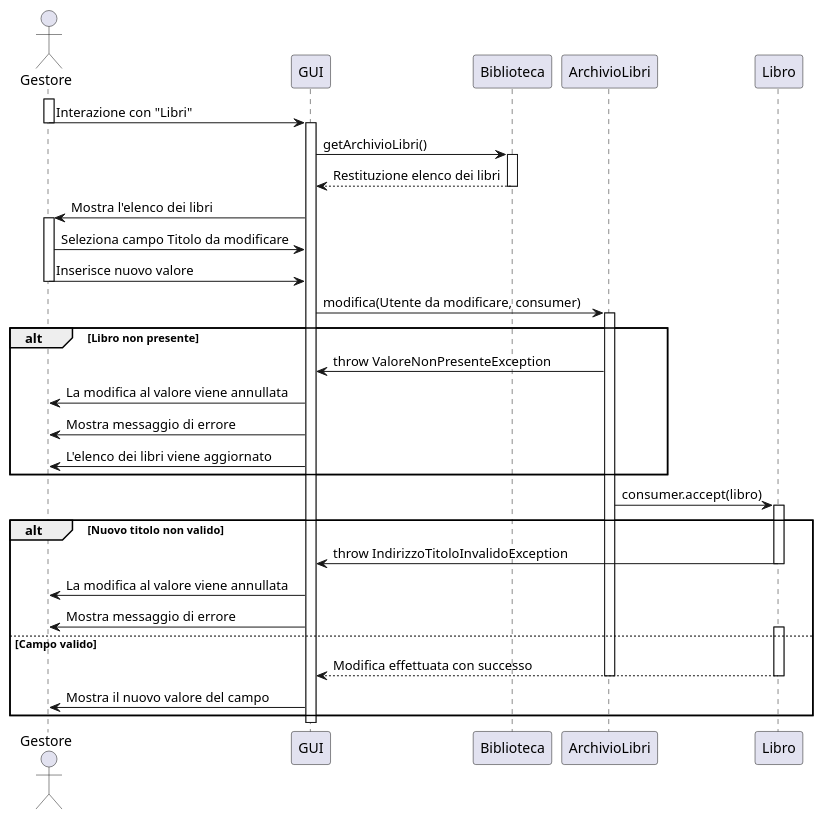
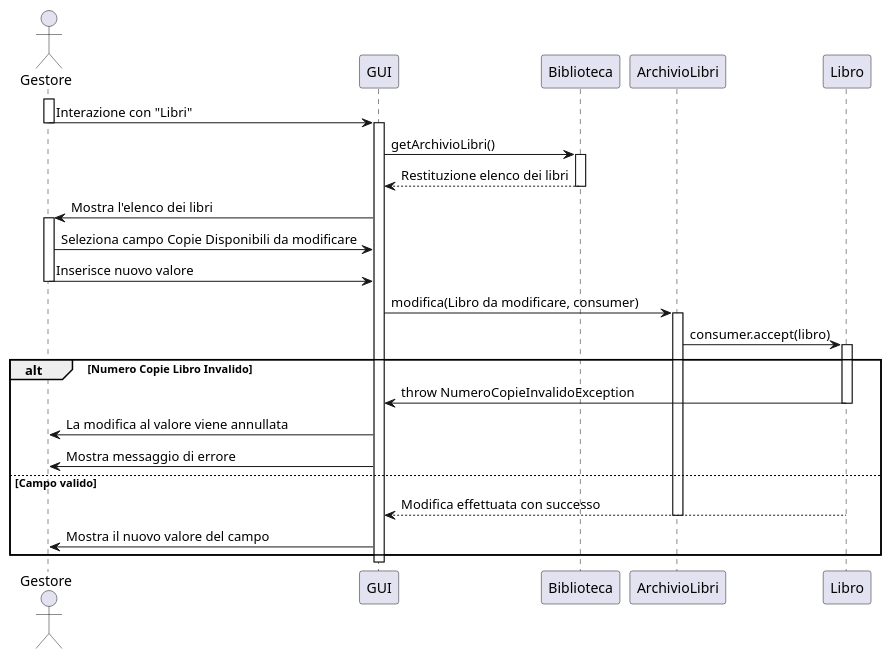
Before and after one commit to Meziu/easylibrary: the diagram in docs/uml/DiagrammiSequenza/UMLModificaLibro.puml, drawn with PlantUML.

Commit message:
Modifica UML ModificaLibro

```diff
--- a/docs/uml/DiagrammiSequenza/UMLModificaLibro.puml
+++ b/docs/uml/DiagrammiSequenza/UMLModificaLibro.puml
@@ -1,55 +1,42 @@
 @startuml
 actor Gestore
 participant "GUI" as UI
 participant "Biblioteca" as B
 participant "ArchivioLibri" as A
 participant "Libro" as L
 
 '  ---- Flusso principale -----
 activate Gestore
 Gestore -> UI : Interazione con "Libri"
 deactivate Gestore
 activate UI
 
 UI -> B : getArchivioLibri()
 activate B
 B --> UI : Restituzione elenco dei libri
 deactivate B
 UI -> Gestore : Mostra l'elenco dei libri
 activate Gestore
 
-Gestore -> UI : Seleziona campo Titolo da modificare
+Gestore -> UI : Seleziona campo Copie Disponibili da modificare
 Gestore -> UI : Inserisce nuovo valore
 deactivate Gestore
-UI -> A : modifica(Utente da modificare, consumer)
+UI -> A : modifica(Libro da modificare, consumer)
 activate A
-
-' ----- Verifica Dati -----
-alt Libro non presente
-    A -> UI : throw ValoreNonPresenteException
-    UI -> Gestore : La modifica al valore viene annullata
-    UI -> Gestore : Mostra messaggio di errore
-    UI -> Gestore : L'elenco dei libri viene aggiornato
-
-end
 
 A -> L : consumer.accept(libro)
 activate L
 
-alt Nuovo titolo non valido
-    L -> UI : throw IndirizzoTitoloInvalidoException
+alt Numero Copie Libro Invalido
+    L -> UI : throw NumeroCopieInvalidoException
     deactivate L
     UI -> Gestore : La modifica al valore viene annullata
     UI -> Gestore : Mostra messaggio di errore
-
 else Campo valido
-    activate L
     L --> UI : Modifica effettuata con successo
-    deactivate L
     deactivate A
     UI -> Gestore : Mostra il nuovo valore del campo
-
 end
 deactivate UI
 
 @enduml
```
